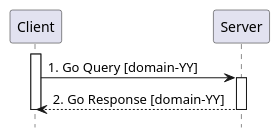
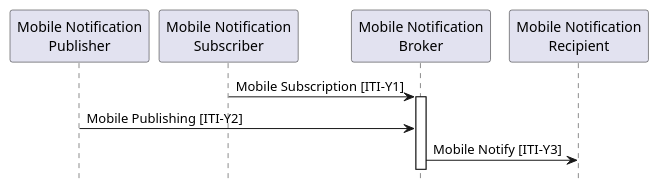
The diagram in input/images-source/usecase1-processflow.plantuml (IHE/ITI.DSUBm), drawn with PlantUML before and after one commit. The commit also changed 1 other file, not shown here.

```diff
--- a/input/images-source/usecase1-processflow.plantuml
+++ b/input/images-source/usecase1-processflow.plantuml
@@ -1,12 +1,13 @@
 @startuml
 skinparam svgDimensionStyle false
 hide footbox
-participant "Client" as Client
-participant "Server" as Server
-activate "Client"
-"Client" -> "Server" : 1. Go Query [domain-YY]
-activate "Server"
-"Server" --> "Client" : 2. Go Response [domain-YY]
-deactivate "Client"
-deactivate "Server"
+participant "Mobile Notification\nPublisher" as publisher
+participant "Mobile Notification\nSubscriber" as subscriber
+participant "Mobile Notification\nBroker" as broker
+participant "Mobile Notification\nRecipient" as recipient
+
+"subscriber" -> "broker" : Mobile Subscription [ITI-Y1]
+activate broker
+"publisher" -> "broker" : Mobile Publishing [ITI-Y2]
+"broker" -> "recipient" : Mobile Notify [ITI-Y3]
 @enduml
```
